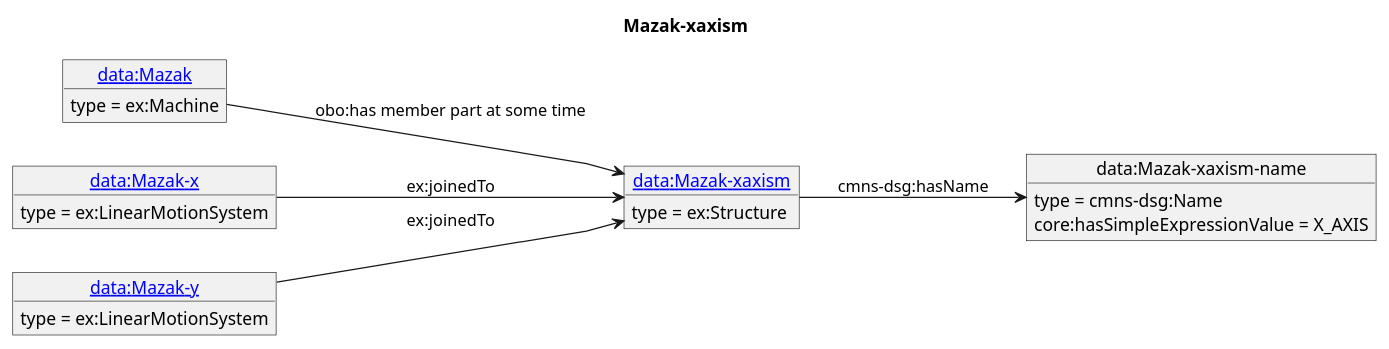
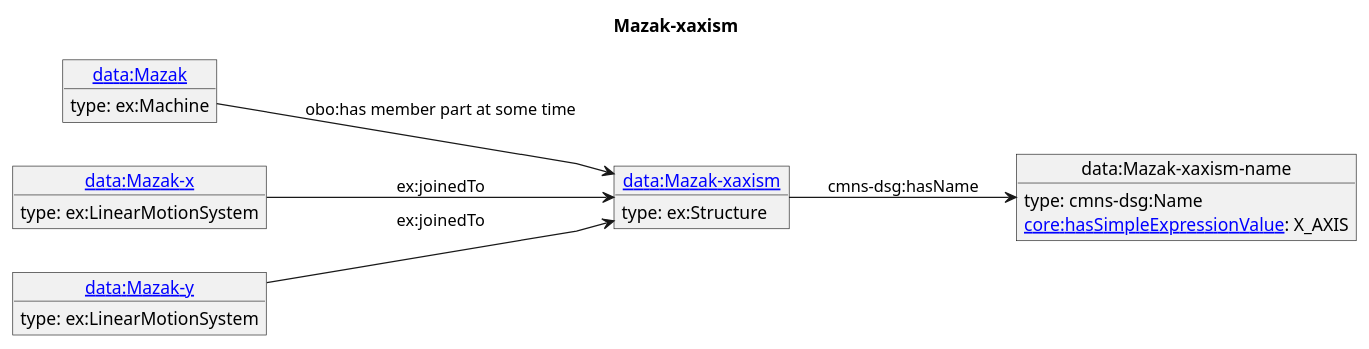
The diagram in diagrams/Mazak-xaxism.puml (iofoundry/example-syseng-mtconnect), drawn with PlantUML before and after one commit. The commit also changed 143 other files, not shown here.

Commit message:
Added links for core ontology

```diff
--- a/diagrams/Mazak-xaxism.puml
+++ b/diagrams/Mazak-xaxism.puml
@@ -1,25 +1,25 @@
 @startuml
 skinparam linetype polyline
 left to right direction
 title Mazak-xaxism
 object "[[./Mazak-xaxism.html data:Mazak-xaxism]]" as o1 {
- type = ex:Structure
- }
+ type: ex:Structure 
+}
 object "data:Mazak-xaxism-name" as o2 {
- type = cmns-dsg:Name
- }
+ type: cmns-dsg:Name 
+}
 object "[[./Mazak.html data:Mazak]]" as o3 {
- type = ex:Machine
- }
+ type: ex:Machine 
+}
 object "[[./Mazak-x.html data:Mazak-x]]" as o4 {
- type = ex:LinearMotionSystem
- }
+ type: ex:LinearMotionSystem 
+}
 object "[[./Mazak-y.html data:Mazak-y]]" as o5 {
- type = ex:LinearMotionSystem
- }
+ type: ex:LinearMotionSystem 
+}
 o1 --> o2 : cmns-dsg:hasName
-o2 : core:hasSimpleExpressionValue = X_AXIS
+o2 : [[https://spec.industrialontologies.org/ontology/core/Core/hasSimpleExpressionValue core:hasSimpleExpressionValue]]: X_AXIS
 o3 --> o1 : obo:has member part at some time
 o4 --> o1 : ex:joinedTo
 o5 --> o1 : ex:joinedTo
 @enduml
```
